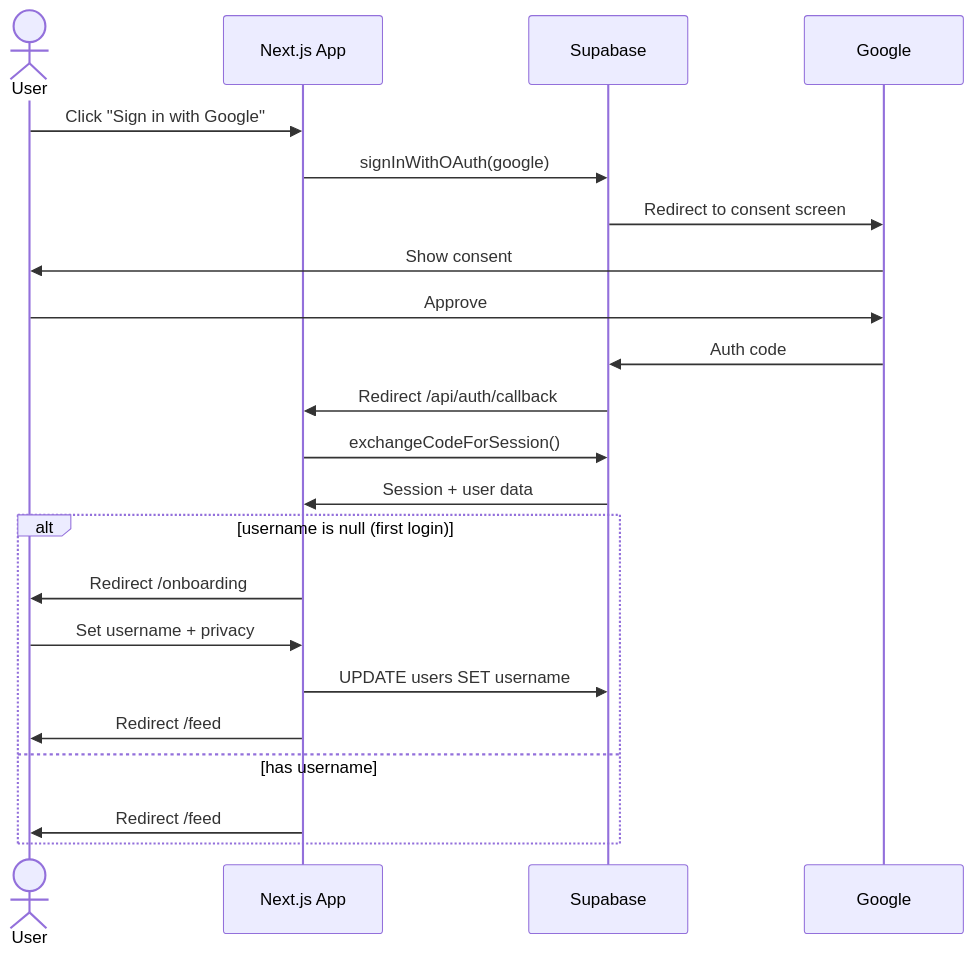
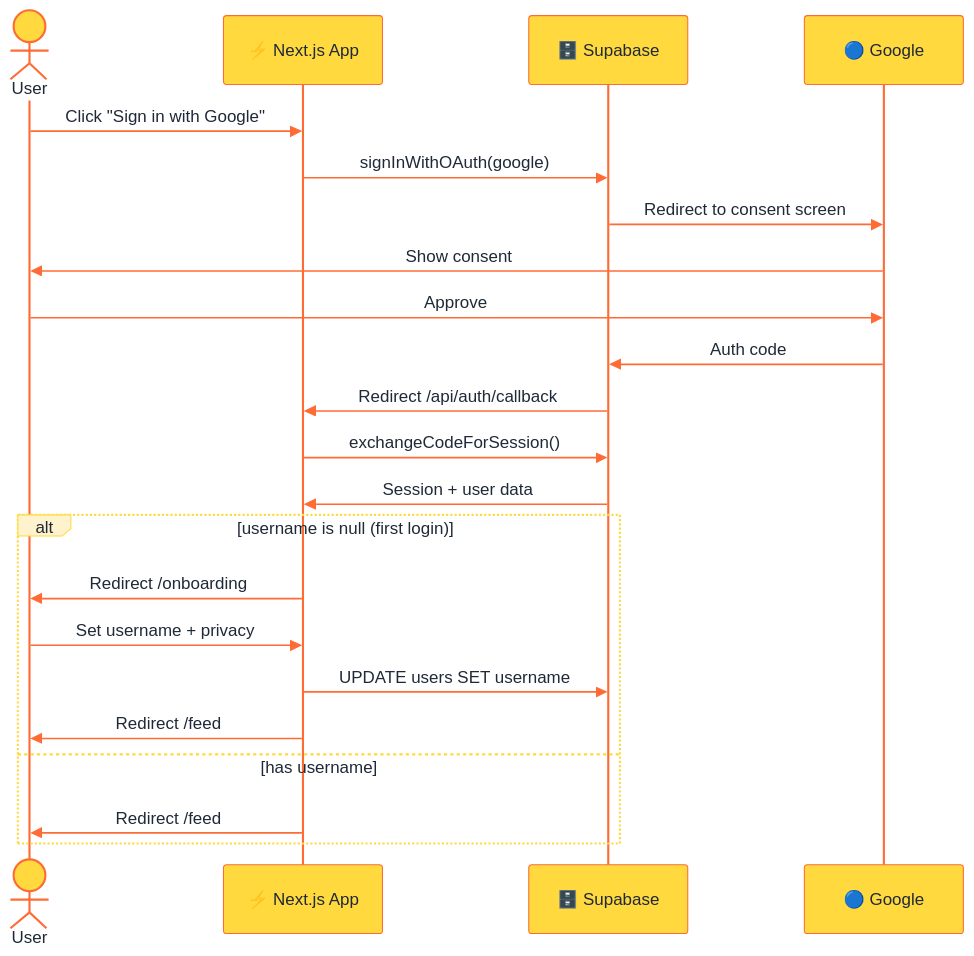
The third of 6 diagrams in README.md (HackIndiaXYZ/vibe-coding-hackathon-2026-claduesss), drawn with Mermaid before and after one commit. The commit also changed other lines of this file, not shown here.

Commit message:
docs(readme): add brand colors to all mermaid diagrams

````diff
--- a/README.md
+++ b/README.md
@@ -81,26 +97,27 @@
 ```mermaid
+%%{init: {'theme': 'base', 'themeVariables': {'actorBkg': '#FFD93D', 'actorBorder': '#FF6B35', 'actorTextColor': '#1F2937', 'actorLineColor': '#FF6B35', 'signalColor': '#FF6B35', 'signalTextColor': '#1F2937', 'labelBoxBkgColor': '#FFF3CD', 'labelBoxBorderColor': '#FFD93D', 'labelTextColor': '#1F2937', 'loopTextColor': '#1F2937', 'noteBkgColor': '#FFD93D', 'noteBorderColor': '#FF6B35', 'noteTextColor': '#1F2937', 'activationBkgColor': '#FFF3CD', 'activationBorderColor': '#FF6B35', 'sequenceNumberColor': '#ffffff'}}}%%
 sequenceDiagram
     actor User
-    participant App as Next.js App
-    participant Supabase
-    participant Google
+    participant App as ⚡ Next.js App
+    participant Supabase as 🗄️ Supabase
+    participant Google as 🔵 Google
 
     User->>App: Click "Sign in with Google"
     App->>Supabase: signInWithOAuth(google)
     Supabase->>Google: Redirect to consent screen
     Google->>User: Show consent
     User->>Google: Approve
     Google->>Supabase: Auth code
     Supabase->>App: Redirect /api/auth/callback
     App->>Supabase: exchangeCodeForSession()
     Supabase->>App: Session + user data
 
     alt username is null (first login)
         App->>User: Redirect /onboarding
         User->>App: Set username + privacy
         App->>Supabase: UPDATE users SET username
         App->>User: Redirect /feed
     else has username
         App->>User: Redirect /feed
     end
 ```
````
